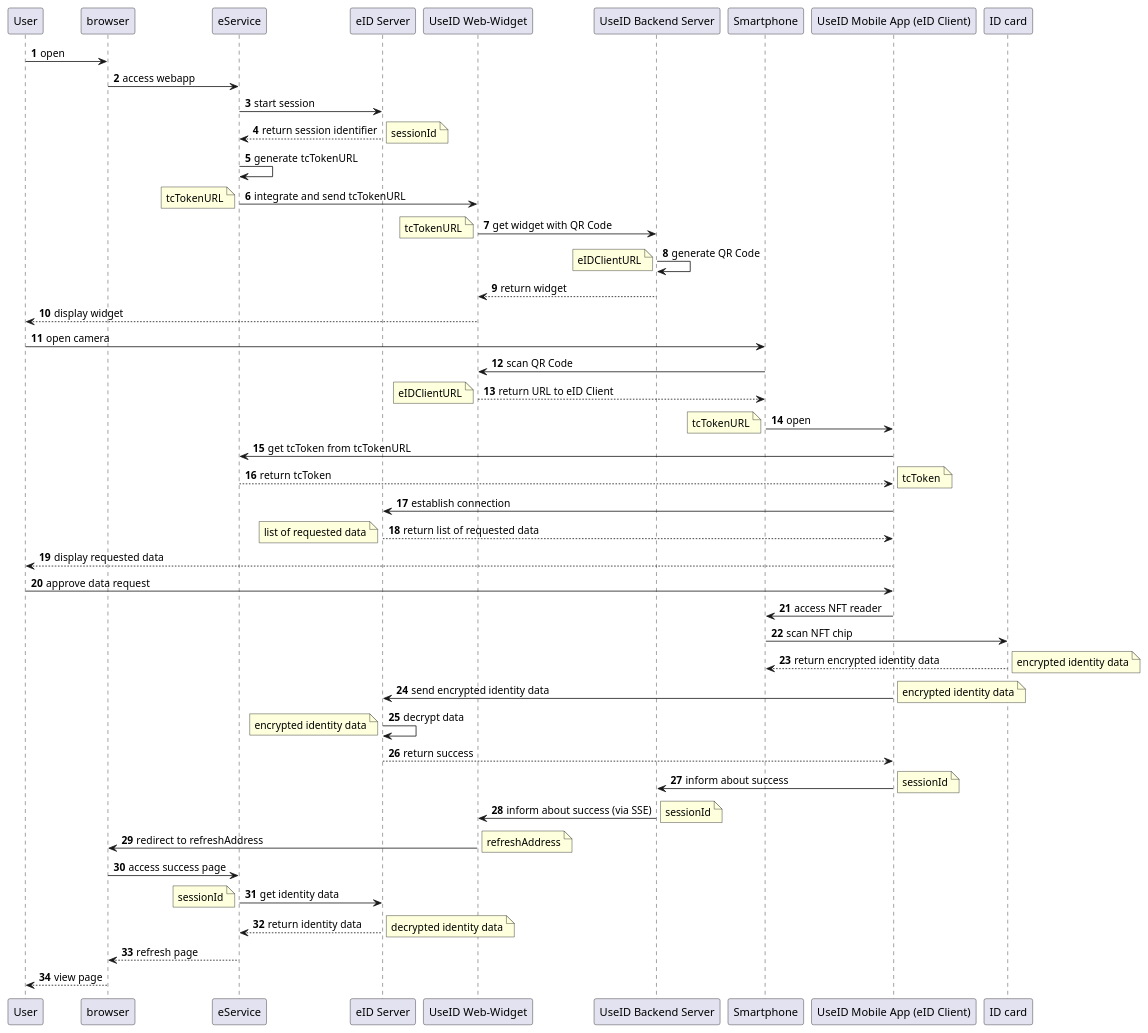
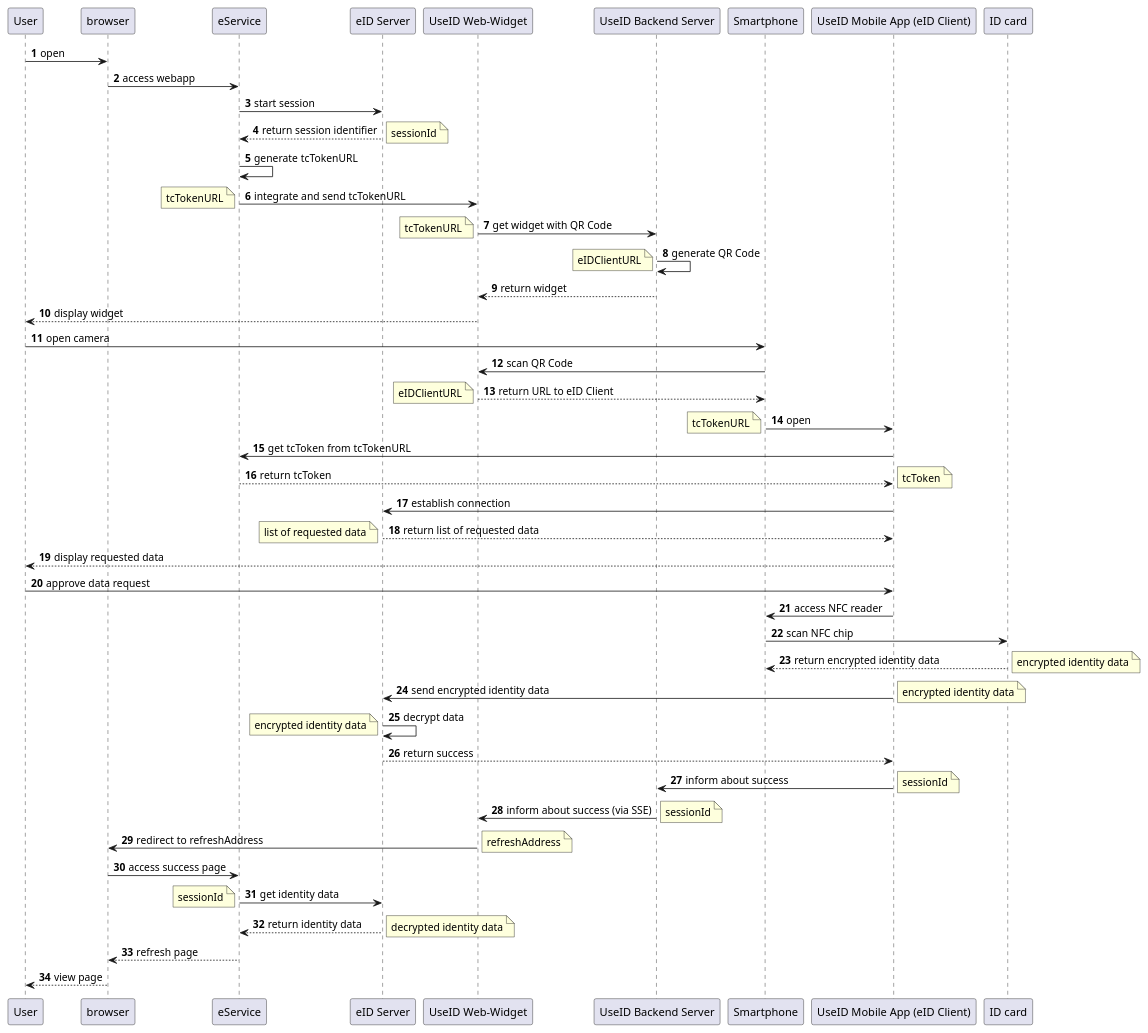
The diagram in doc/eID/eid-flow-magnus.puml (digitalservice4germany/useid-architecture), drawn with PlantUML before and after one commit. The commit also changed 1 other file, not shown here.

Commit message:
Fix stupid typo (NFT -> NFC)

```diff
--- a/doc/eID/eid-flow-magnus.puml
+++ b/doc/eID/eid-flow-magnus.puml
@@ -1,57 +1,57 @@
 @startuml
 'https://plantuml.com/sequence-diagram
 
 autonumber
 
 user as "User" ->browser: open
 browser as "Browser" -> eService: access webapp
 eService -> server as "eID Server": start session
 eService <-- server: return session identifier
 note right: sessionId
 eService -> eService: generate tcTokenURL
 eService -> widget as "UseID Web-Widget": integrate and send tcTokenURL
 note left: tcTokenURL
 widget -> backend as "UseID Backend Server": get widget with QR Code
 note left: tcTokenURL
 backend -> backend: generate QR Code
 note left: eIDClientURL
 widget <-- backend: return widget
 user <-- widget: display widget
 user -> smartphone as "Smartphone": open camera
 smartphone -> widget: scan QR Code
 smartphone <-- widget: return URL to eID Client
 note left: eIDClientURL
 smartphone -> app as "UseID Mobile App (eID Client)": open
 note left: tcTokenURL
 app -> eService: get tcToken from tcTokenURL
 app <-- eService: return tcToken
 note right: tcToken
 app -> server: establish connection
 app <-- server: return list of requested data
 note left: list of requested data
 user <-- app: display requested data
 user -> app: approve data request
-app -> smartphone: access NFT reader
-smartphone -> id as "ID card": scan NFT chip
+app -> smartphone: access NFC reader
+smartphone -> id as "ID card": scan NFC chip
 smartphone <-- id: return encrypted identity data
 note right: encrypted identity data
 app -> server: send encrypted identity data
 note right: encrypted identity data
 server -> server: decrypt data
 note left: encrypted identity data
 app <-- server: return success
 app -> backend: inform about success
 note right: sessionId
 backend -> widget: inform about success (via SSE)
 note right: sessionId
 widget -> browser: redirect to refreshAddress
 note right: refreshAddress
 browser -> eService: access success page
 eService -> server: get identity data
 note left: sessionId
 eService <-- server: return identity data
 note right: decrypted identity data
 eService --> browser: refresh page
 browser --> user: view page
 
 @enduml
```
